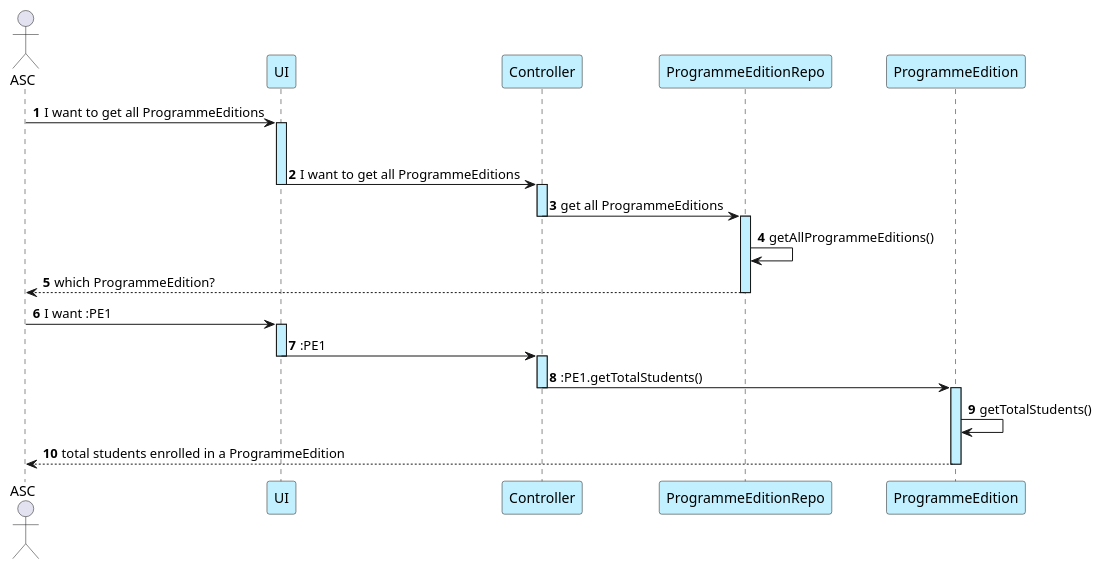
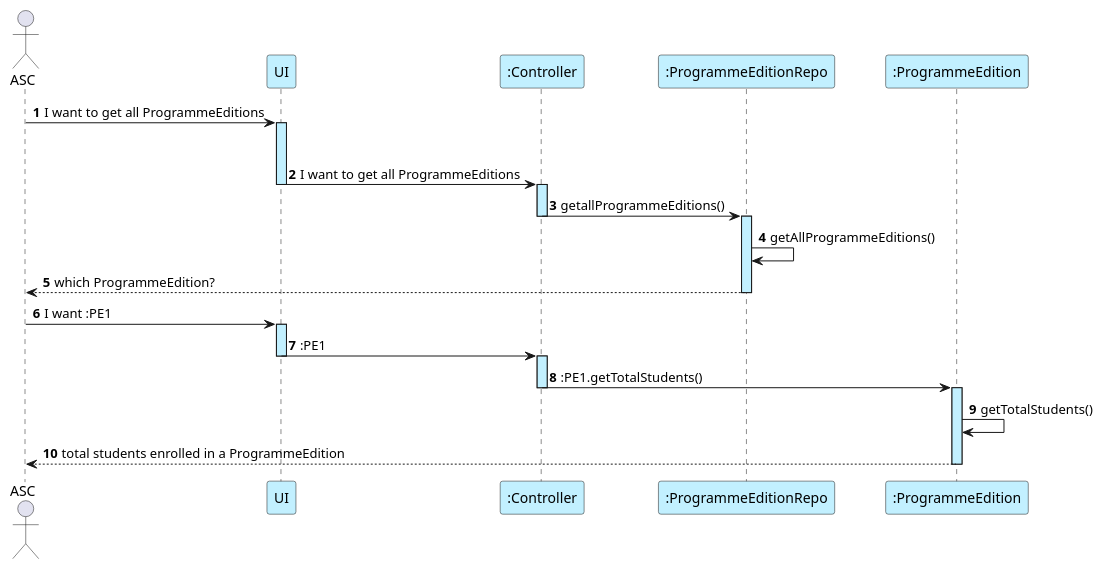
Before and after one commit to GasparISEP/DevOps-PAI: the diagram in docs/sequenceSystemDiagrams/US21/US21_getTotalStudentsEnrolledInProgrammeEdition.puml, drawn with PlantUML.

Commit message:
US21: Refactor

```diff
--- a/docs/sequenceSystemDiagrams/US21/US21_getTotalStudentsEnrolledInProgrammeEdition.puml
+++ b/docs/sequenceSystemDiagrams/US21/US21_getTotalStudentsEnrolledInProgrammeEdition.puml
@@ -1,24 +1,24 @@
 @startuml US21
 actor ASC
 participant UI #application
-participant Controller #application
-participant ProgrammeEditionRepo #application
-participant ProgrammeEdition #application
+participant ":Controller" #application
+participant ":ProgrammeEditionRepo" #application
+participant ":ProgrammeEdition" #application
 
 autonumber
 
 ASC -> UI  ++-- #application : I want to get all ProgrammeEditions
 
-UI -> Controller --++ #application: I want to get all ProgrammeEditions
+UI -> ":Controller" --++ #application: I want to get all ProgrammeEditions
 
-Controller -> ProgrammeEditionRepo --++ #application: get all ProgrammeEditions
+":Controller" -> ":ProgrammeEditionRepo" --++ #application: getallProgrammeEditions()
 
-ProgrammeEditionRepo -> ProgrammeEditionRepo  #application: getAllProgrammeEditions()
-ProgrammeEditionRepo --> ASC -- : which ProgrammeEdition?
+":ProgrammeEditionRepo" -> ":ProgrammeEditionRepo"  #application: getAllProgrammeEditions()
+":ProgrammeEditionRepo" --> ASC -- : which ProgrammeEdition?
 ASC -> UI ++ #application: I want :PE1
-UI -> Controller --++ #application: :PE1
-Controller -> ProgrammeEdition --++ #application : :PE1.getTotalStudents()
+UI -> ":Controller" --++ #application: :PE1
+":Controller" -> ":ProgrammeEdition" --++ #application : :PE1.getTotalStudents()
 
-ProgrammeEdition -> ProgrammeEdition #application : getTotalStudents()
-ProgrammeEdition --> ASC -- #application : total students enrolled in a ProgrammeEdition
+":ProgrammeEdition" -> ":ProgrammeEdition" #application : getTotalStudents()
+":ProgrammeEdition" --> ASC -- #application : total students enrolled in a ProgrammeEdition
 @enduml
```
